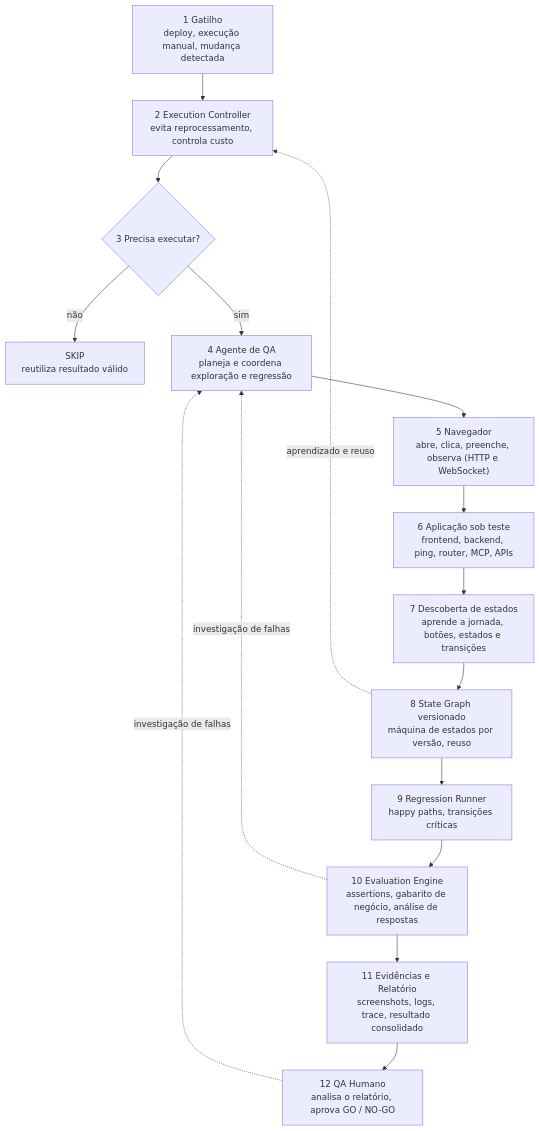
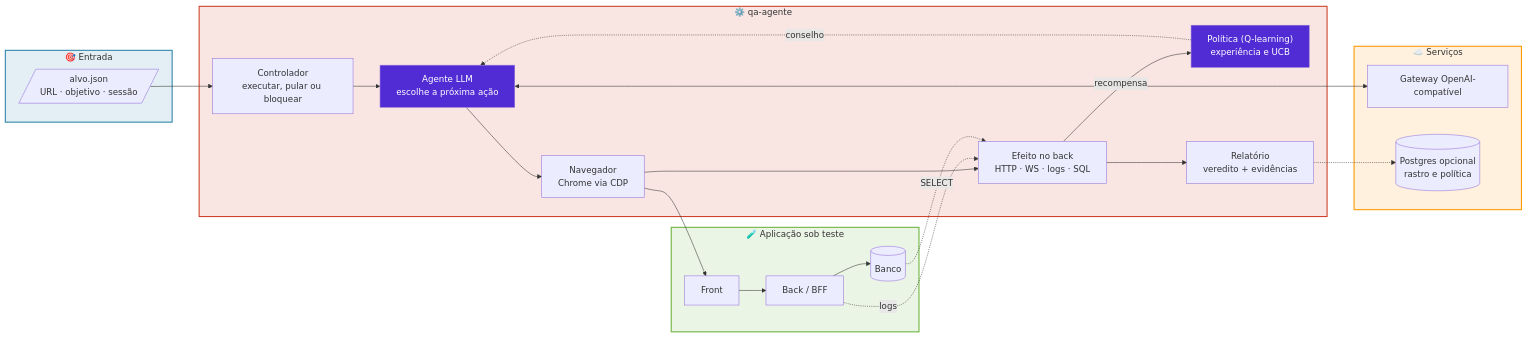
The diagram in README.md (blencko/qa-agente), drawn with Mermaid before and after one commit. The commit also changed other lines of this file and 6 other files, not shown here.

Commit message:
README no estilo do projeto de referencia; rastro e motor configuraveis por ambiente; texto sem referencias internas

````diff
--- a/README.md
+++ b/README.md
@@ -11,18 +61,44 @@
 ```mermaid
-flowchart TD
-    G["1 Gatilho<br/>deploy, execução manual, mudança detectada"] --> EC["2 Execution Controller<br/>evita reprocessamento, controla custo"]
-    EC --> P{"3 Precisa executar?"}
-    P -- "não" --> SK["SKIP<br/>reutiliza resultado válido"]
-    P -- "sim" --> AG["4 Agente de QA<br/>planeja e coordena exploração e regressão"]
-    AG --> BR["5 Navegador<br/>abre, clica, preenche, observa (HTTP e WebSocket)"]
-    BR --> APP["6 Aplicação sob teste<br/>frontend, backend, ping, router, MCP, APIs"]
-    APP --> DE["7 Descoberta de estados<br/>aprende a jornada, botões, estados e transições"]
-    DE --> SG["8 State Graph versionado<br/>máquina de estados por versão, reuso"]
-    SG -. "aprendizado e reuso" .-> EC
-    SG --> RR["9 Regression Runner<br/>happy paths, transições críticas"]
-    RR --> EV["10 Evaluation Engine<br/>assertions, gabarito de negócio, análise de respostas"]
-    EV --> ER["11 Evidências e Relatório<br/>screenshots, logs, trace, resultado consolidado"]
-    ER --> HU["12 QA Humano<br/>analisa o relatório, aprova GO / NO-GO"]
-    EV -. "investigação de falhas" .-> AG
-    HU -. "investigação de falhas" .-> AG
+flowchart LR
+    subgraph Entrada["🎯 Entrada"]
+        ALVO[/"alvo.json<br/>URL · objetivo · sessão"/]
+    end
+
+    subgraph Agente["⚙️ qa-agente"]
+        CTRL["Controlador<br/>executar, pular ou bloquear"]
+        LLM["Agente LLM<br/>escolhe a próxima ação"]
+        POL["Política (Q-learning)<br/>experiência e UCB"]
+        NAV["Navegador<br/>Chrome via CDP"]
+        EFE["Efeito no back<br/>HTTP · WS · logs · SQL"]
+        REL["Relatório<br/>veredito + evidências"]
+    end
+
+    subgraph Alvo["🧪 Aplicação sob teste"]
+        FRONT["Front"]
+        BACK["Back / BFF"]
+        BANCO[("Banco")]
+    end
+
+    subgraph Externos["☁️ Serviços"]
+        GW["Gateway OpenAI-compatível"]
+        PG[("Postgres opcional<br/>rastro e política")]
+    end
+
+    ALVO --> CTRL --> LLM
+    POL -. conselho .-> LLM
+    LLM <--> GW
+    LLM --> NAV --> FRONT --> BACK --> BANCO
+    NAV --> EFE
+    BACK -. logs .-> EFE
+    BANCO -. SELECT .-> EFE
+    EFE -- recompensa --> POL
+    EFE --> REL
+    REL -.-> PG
+
+    style Entrada fill:#2E86AB22,stroke:#2E86AB,stroke-width:2px
+    style Agente fill:#CE422B22,stroke:#CE422B,stroke-width:2px
+    style Alvo fill:#6DB33F22,stroke:#6DB33F,stroke-width:2px
+    style Externos fill:#FF990022,stroke:#FF9900,stroke-width:2px
+    style LLM fill:#512BD4,color:#fff
+    style POL fill:#512BD4,color:#fff
 ```
````
